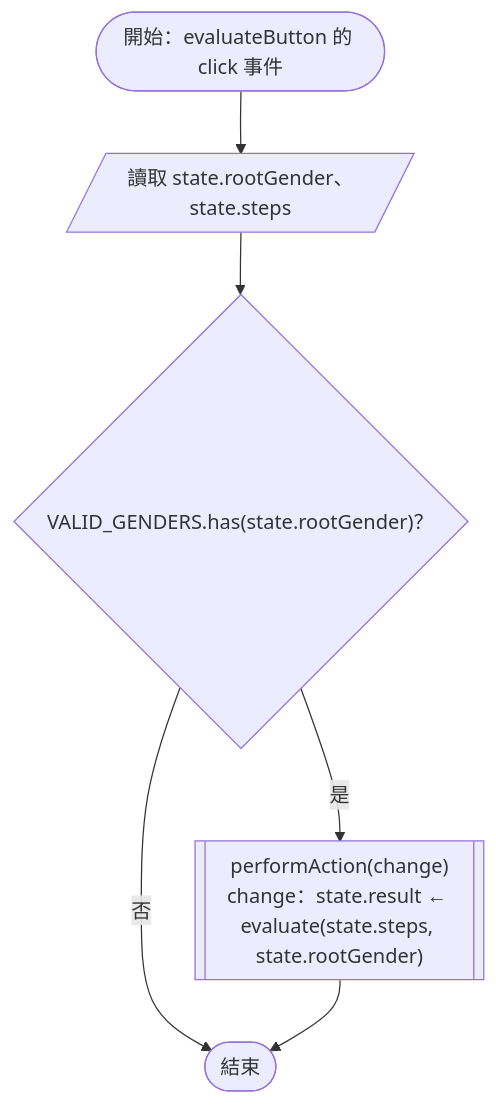
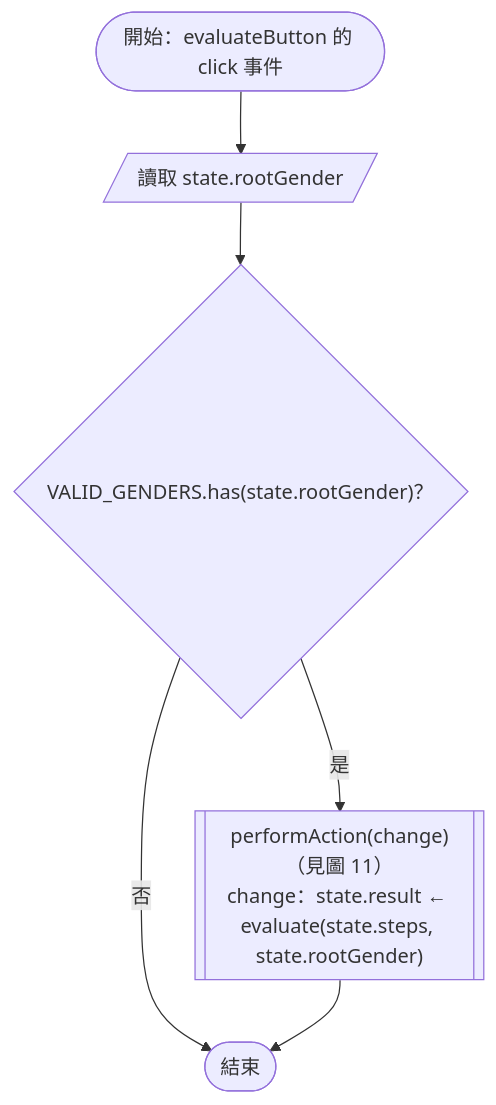
Before and after one commit to Chuen666666/hw3: the fourth of 29 diagrams in README.md, drawn with Mermaid. The commit also changed 1 other file, not shown here.

Commit message:
校正等號流程與連續手足規格

````diff
--- a/README.md
+++ b/README.md
@@ -43,8 +43,8 @@
 ```mermaid
 flowchart TD
-    START(["開始：evaluateButton 的 click 事件"]) --> READ[/"讀取 state.rootGender、state.steps"/]
+    START(["開始：evaluateButton 的 click 事件"]) --> READ[/"讀取 state.rootGender"/]
     READ --> VALID{"VALID_GENDERS.has(state.rootGender)？"}
     VALID -- "否" --> END(["結束"])
-    VALID -- "是" --> ACTION[["performAction(change)<br/>change：state.result ← evaluate(state.steps, state.rootGender)"]]
+    VALID -- "是" --> ACTION[["performAction(change)（見圖 11）<br/>change：state.result ← evaluate(state.steps, state.rootGender)"]]
     ACTION --> END
 ```
````
